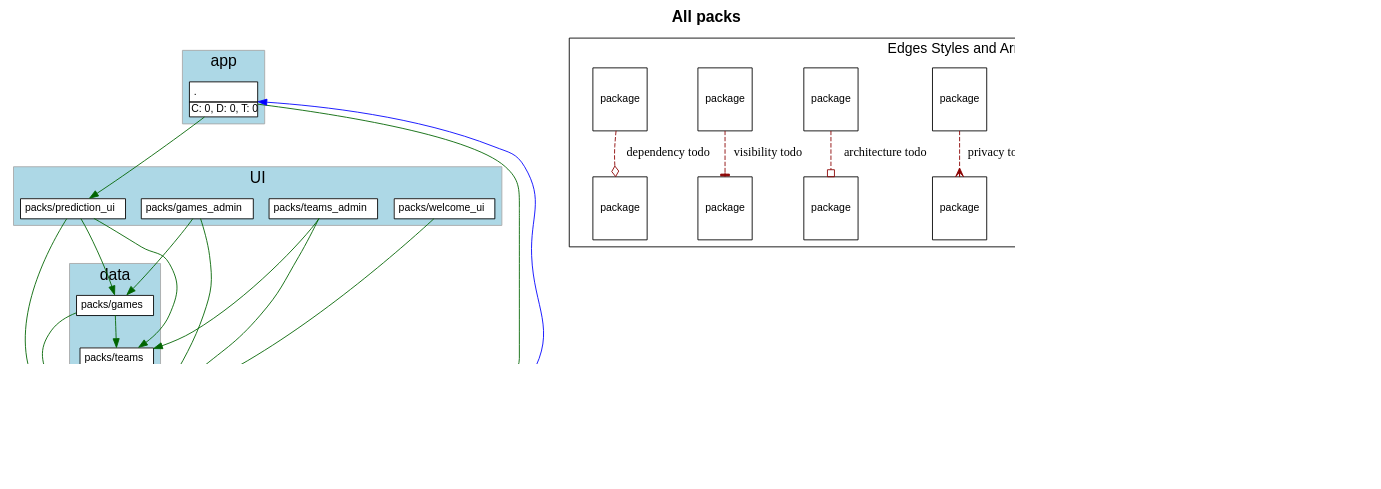
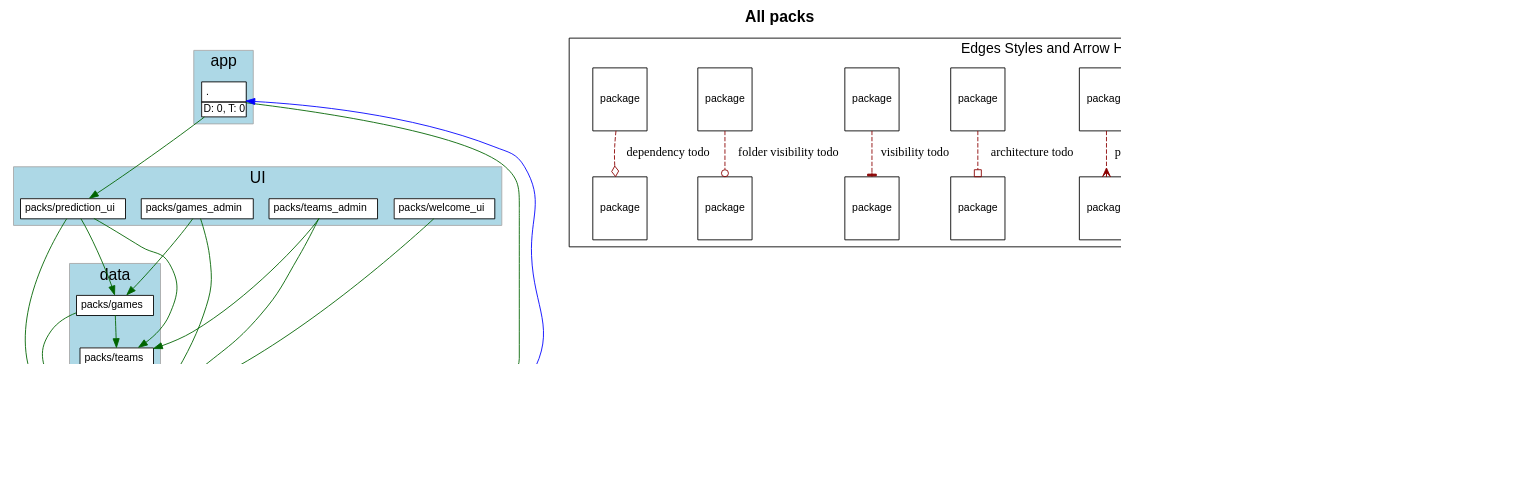
The diagram in c5s07-1/sportsball/diagrams/all_packs.dot (shageman/package-based-rails-applications-book), drawn with Graphviz before and after one commit. The commit also changed 192 other files, not shown here.

```diff
--- a/c5s07-1/sportsball/diagrams/all_packs.dot
+++ b/c5s07-1/sportsball/diagrams/all_packs.dot
@@ -5,7 +5,7 @@
     fontname="Helvetica,Arial,sans-serif"
     dpi=100
     layout=dot
-    label=<<b>All packs</b>>
+    label=<<b>All packs</b><br/>>
     fontsize=18
   ]
   node [
@@ -30,7 +30,7 @@
             label= <
                 <table border='0' cellborder='1' cellspacing='0' cellpadding='4'>
                   <tr> <td align='left'> . </td> </tr>
-                  <tr><td CELLPADDING='1' ALIGN='RIGHT'>C: 0, D: 0, T: 0</td></tr>
+                  <tr><td CELLPADDING='1' ALIGN='RIGHT'>D: 0, T: 0</td></tr>
                 </table>
               >
           ]
@@ -179,12 +179,12 @@
       A [ fontsize=12 shape=box label="package"]
       B [ fontsize=12 shape=box label="package"]
       A -> B [label="accepted dependency" color=darkgreen]
-      K [ fontsize=12 shape=box label="package"]
-      L [ fontsize=12 shape=box label="package"]
-      K -> L [label="nested package" color=purple]
       M [ fontsize=12 shape=box label="package"]
       N [ fontsize=12 shape=box label="package"]
-      M -> N [label="visibile to" color=blue]
+      M -> N [label="nested package" color=purple]
+      O [ fontsize=12 shape=box label="package"]
+      P [ fontsize=12 shape=box label="package"]
+      O -> P [label="visibile to" color=blue]
       C [ fontsize=12 shape=box label="package"]
       D [ fontsize=12 shape=box label="package"]
       C -> D [label="privacy todo" color=darkred style=dashed arrowhead=crow]
@@ -196,7 +196,10 @@
       G -> H [label="visibility todo" color=darkred style=dashed arrowhead=tee]
       I [ fontsize=12 shape=box label="package"]
       J [ fontsize=12 shape=box label="package"]
-      I -> J [label="dependency todo" color=darkred style=dashed arrowhead=odiamond]
+      I -> J [label="folder visibility todo" color=darkred style=dashed arrowhead=odot]
+      K [ fontsize=12 shape=box label="package"]
+      L [ fontsize=12 shape=box label="package"]
+      K -> L [label="dependency todo" color=darkred style=dashed arrowhead=odiamond]
       LEGEND_NODE_1 [ label="" peripheries=0 height=0 width=0 style=invis ]
       LEGEND_NODE_2 [ label="" peripheries=0 height=0 width=0 style=invis ]
       LEGEND_NODE_1 -> LEGEND_NODE_2 [ style=invis ]
```
